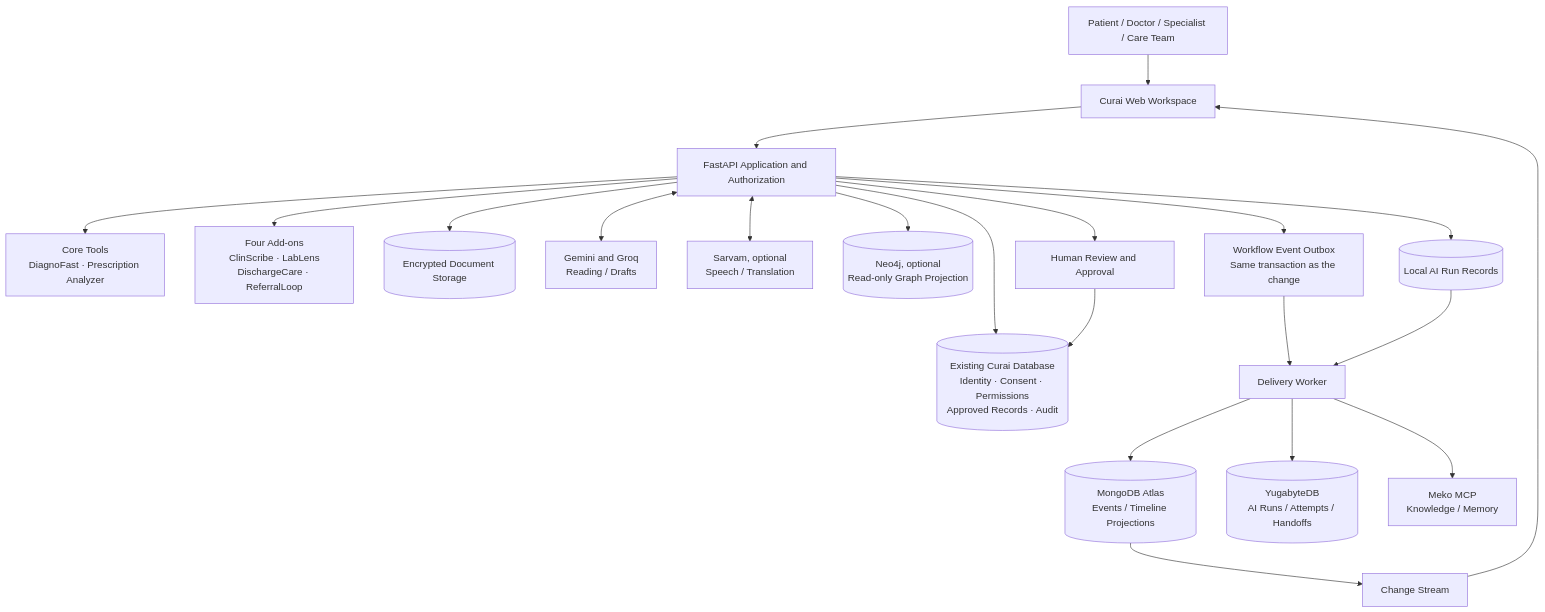
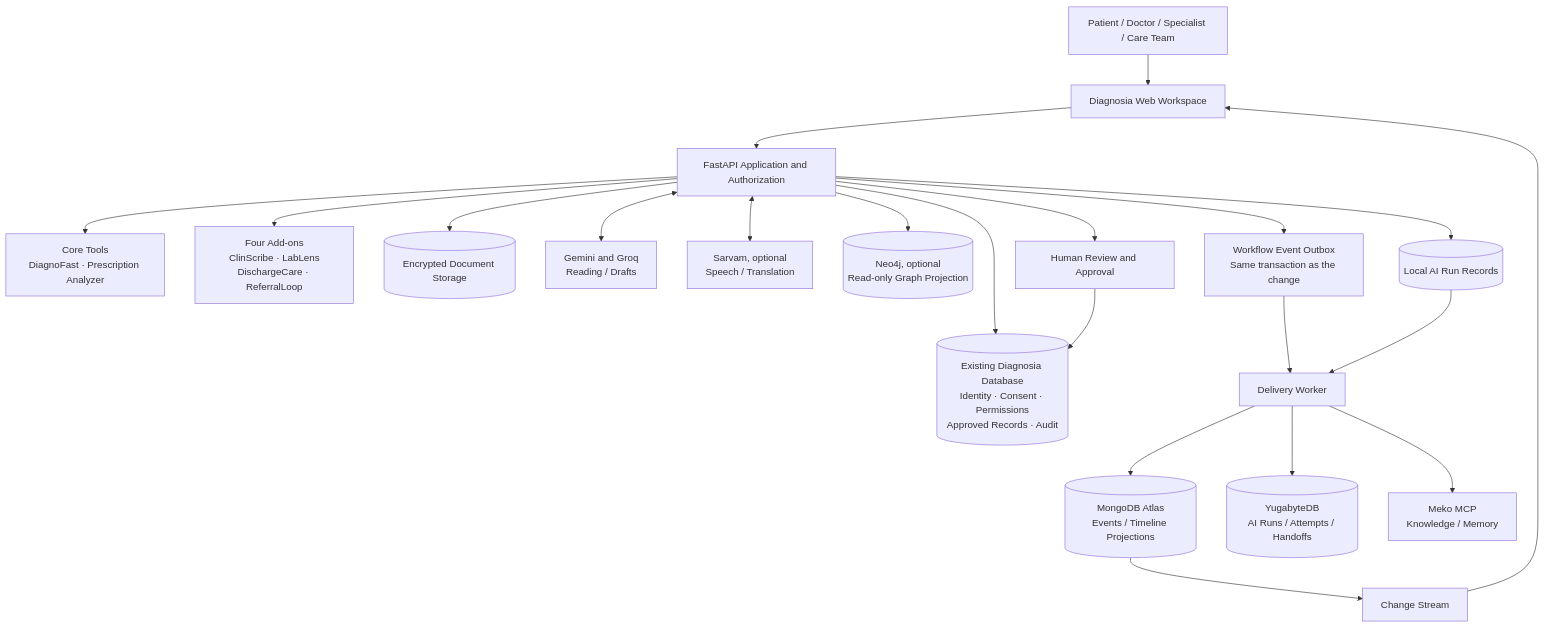
Before and after one commit to adityafilesx/Diagnosia: the first of 2 diagrams in README.md, drawn with Mermaid. The commit also changed other lines of this file and 117 other files, not shown here.

First line of the commit message:
Rename Curai back to Diagnosia

````diff
--- a/README.md
+++ b/README.md
@@ -283,27 +283,27 @@
 ```mermaid
 flowchart TD
-    U[Patient / Doctor / Specialist / Care Team] --> WEB[Curai Web Workspace]
+    U[Patient / Doctor / Specialist / Care Team] --> WEB[Diagnosia Web Workspace]
     WEB --> API[FastAPI Application and Authorization]
 
     API --> CORE[Core Tools<br/>DiagnoFast · Prescription Analyzer]
     API --> ADDONS[Four Add-ons<br/>ClinScribe · LabLens<br/>DischargeCare · ReferralLoop]
 
-    API --> DB[(Existing Curai Database<br/>Identity · Consent · Permissions<br/>Approved Records · Audit)]
+    API --> DB[(Existing Diagnosia Database<br/>Identity · Consent · Permissions<br/>Approved Records · Audit)]
     API --> DOCS[(Encrypted Document Storage)]
 
     API <--> GEM[Gemini and Groq<br/>Reading / Drafts]
     API <--> SARVAM[Sarvam, optional<br/>Speech / Translation]
     API --> NEO4J[(Neo4j, optional<br/>Read-only Graph Projection)]
     API --> OUTBOX[Workflow Event Outbox<br/>Same transaction as the change]
     API --> RUNS[(Local AI Run Records)]
     OUTBOX --> WORKER[Delivery Worker]
     RUNS --> WORKER
     WORKER --> ATLAS[(MongoDB Atlas<br/>Events / Timeline Projections)]
     WORKER --> YB[(YugabyteDB<br/>AI Runs / Attempts / Handoffs)]
     WORKER --> MEKO[Meko MCP<br/>Knowledge / Memory]
     ATLAS --> STREAM[Change Stream]
     STREAM --> WEB
 
     API --> REVIEW[Human Review and Approval]
     REVIEW --> DB
 ```
````
